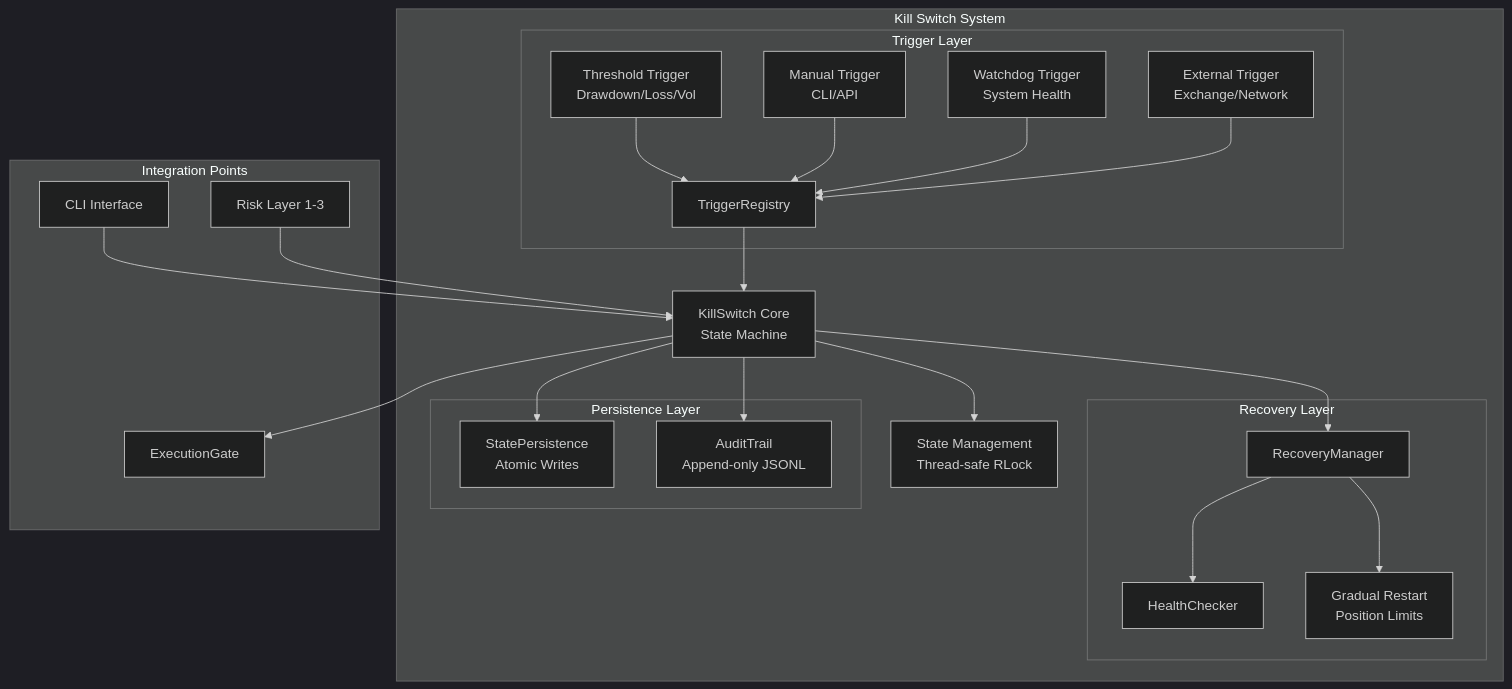
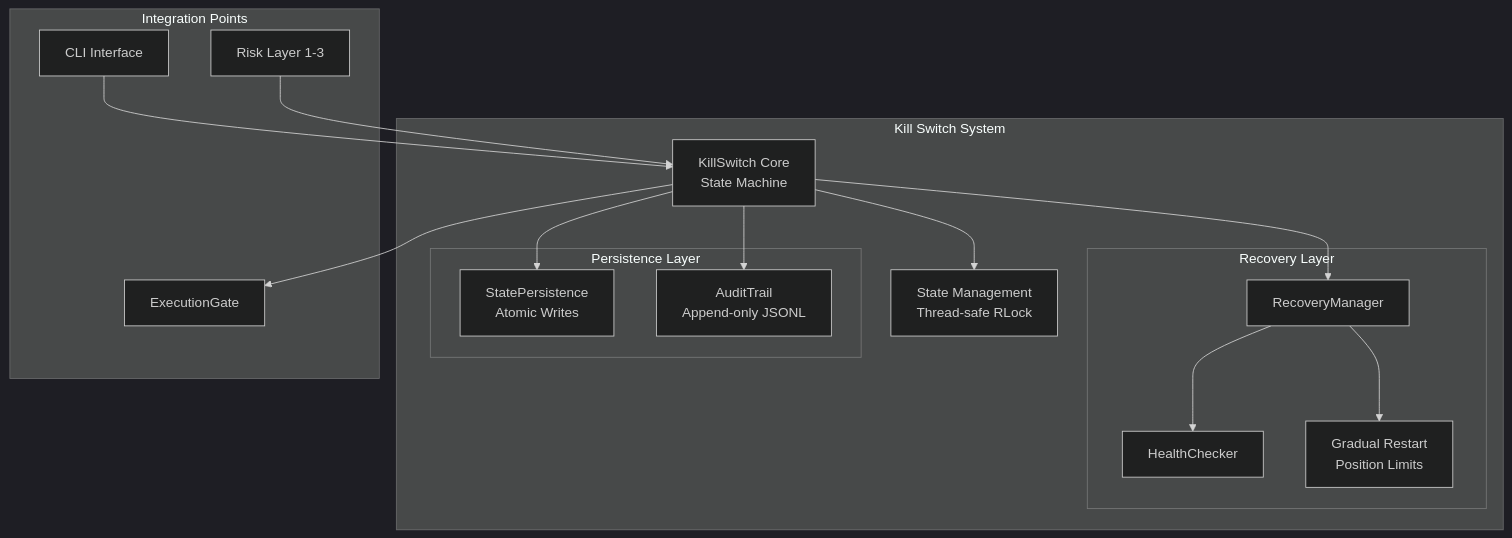
The first of 2 diagrams in docs/risk/KILL_SWITCH_ARCHITECTURE.md (rauterfrank-ui/Peak_Trade), drawn with Mermaid (dark theme) before and after one commit. The commit also changed other lines of this file and 18 other files, not shown here.

````diff
--- a/docs/risk/KILL_SWITCH_ARCHITECTURE.md
+++ b/docs/risk/KILL_SWITCH_ARCHITECTURE.md
@@ -26,50 +27,36 @@
 ```mermaid
 graph TB
     subgraph "Kill Switch System"
         Core[KillSwitch Core<br/>State Machine]
         State[State Management<br/>Thread-safe RLock]
-
-        subgraph "Trigger Layer"
-            T1[Threshold Trigger<br/>Drawdown/Loss/Vol]
-            T2[Manual Trigger<br/>CLI/API]
-            T3[Watchdog Trigger<br/>System Health]
-            T4[External Trigger<br/>Exchange/Network]
-            TRegistry[TriggerRegistry]
-        end
 
         subgraph "Recovery Layer"
             RecoveryMgr[RecoveryManager]
             HealthCheck[HealthChecker]
             GradualRestart[Gradual Restart<br/>Position Limits]
         end
 
         subgraph "Persistence Layer"
             StatePersist[StatePersistence<br/>Atomic Writes]
             AuditTrail[AuditTrail<br/>Append-only JSONL]
         end
-
-        TRegistry --> Core
-        T1 --> TRegistry
-        T2 --> TRegistry
-        T3 --> TRegistry
-        T4 --> TRegistry
 
         Core --> State
         Core --> RecoveryMgr
         RecoveryMgr --> HealthCheck
         RecoveryMgr --> GradualRestart
 
         Core --> StatePersist
         Core --> AuditTrail
     end
 
     subgraph "Integration Points"
         ExecGate[ExecutionGate]
         CLI[CLI Interface]
         RiskLayer[Risk Layer 1-3]
     end
 
     Core --> ExecGate
     CLI --> Core
     RiskLayer --> Core
 ```
````
